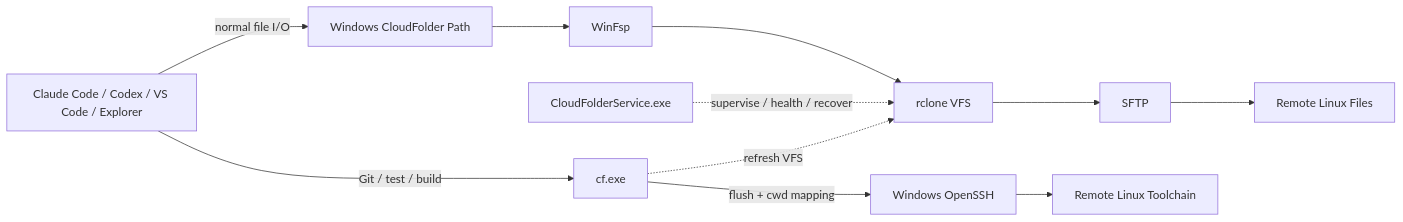
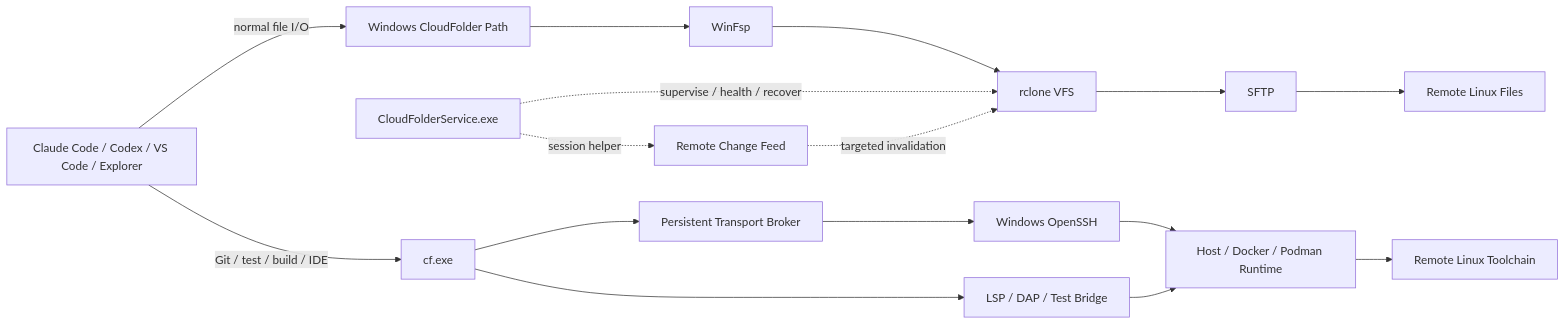
One commit to EurekaZang/CloudFolder changed the diagram in README.md. Above: the diagram before and after it, drawn with Mermaid. The commit also changed other lines of this file and 22 other files, not shown here.

````diff
--- a/README.md
+++ b/README.md
@@ -810,20 +899,26 @@
 ```mermaid
 flowchart LR
     A[Claude Code / Codex / VS Code / Explorer]
     P[Windows CloudFolder Path]
     W[WinFsp]
     R[rclone VFS]
     S[SFTP]
     L[Remote Linux Files]
     C[cf.exe]
+    B[Persistent Transport Broker]
+    RT[Host / Docker / Podman Runtime]
+    CF[Remote Change Feed]
+    IDE[LSP / DAP / Test Bridge]
     SSH[Windows OpenSSH]
     T[Remote Linux Toolchain]
     SV[CloudFolderService.exe]
 
     A -->|normal file I/O| P
     P --> W --> R --> S --> L
-    A -->|Git / test / build| C
-    C -->|flush + cwd mapping| SSH --> T
+    A -->|Git / test / build / IDE| C
+    C --> B --> SSH --> RT --> T
+    C --> IDE --> RT
     SV -. supervise / health / recover .-> R
-    C -. refresh VFS .-> R
+    CF -. targeted invalidation .-> R
+    SV -. session helper .-> CF
 ```
````
